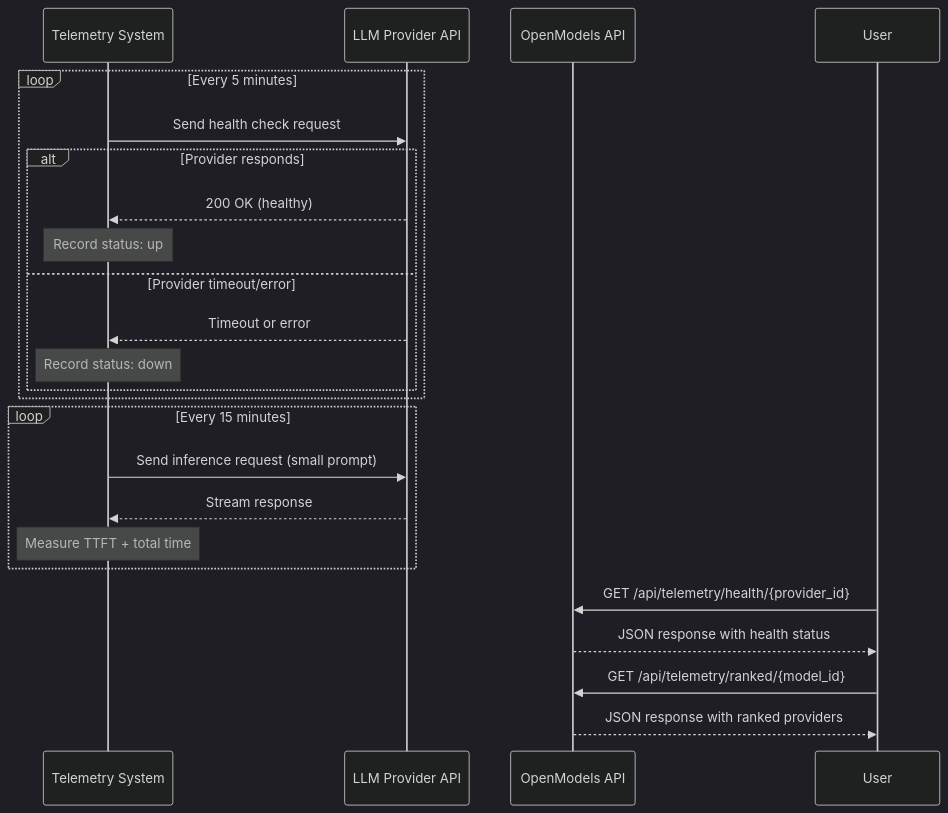
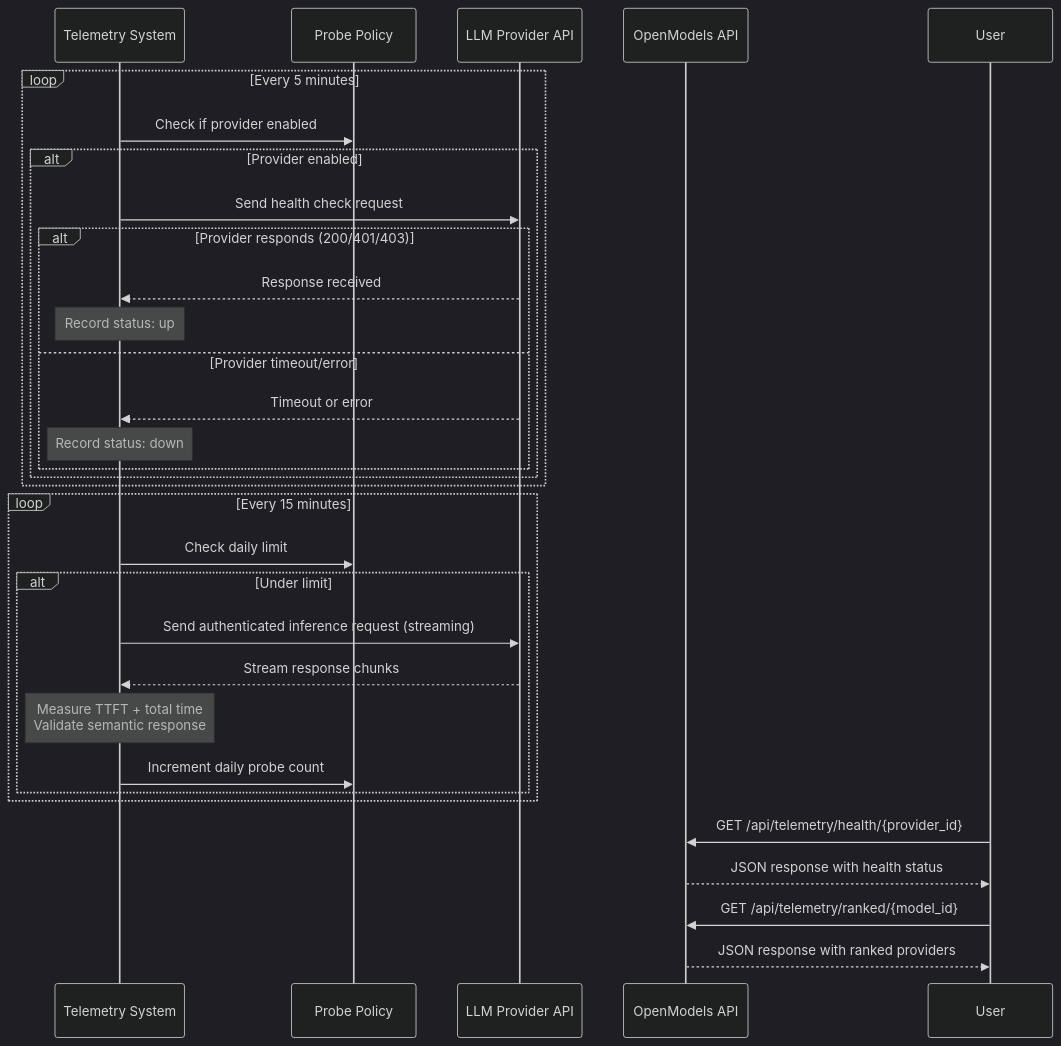
The third of 4 diagrams in content/architecture/data-flow.mdx (openmodelsrun/docs), drawn with Mermaid (dark theme) before and after one commit. The commit also changed other lines of this file and 9 other files, not shown here.

Commit message:
0.7.4 – update roadmap and architecture documentation

````diff
--- a/content/architecture/data-flow.mdx
+++ b/content/architecture/data-flow.mdx
@@ -79,30 +79,38 @@
 ```mermaid
 sequenceDiagram
     participant Telemetry as Telemetry System
+    participant Policy as Probe Policy
     participant Provider as LLM Provider API
     participant API as OpenModels API
     participant User
 
     loop Every 5 minutes
-        Telemetry->>Provider: Send health check request
-        alt Provider responds
-            Provider-->>Telemetry: 200 OK (healthy)
-            Note over Telemetry: Record status: up
-        else Provider timeout/error
-            Provider-->>Telemetry: Timeout or error
-            Note over Telemetry: Record status: down
+        Telemetry->>Policy: Check if provider enabled
+        alt Provider enabled
+            Telemetry->>Provider: Send health check request
+            alt Provider responds (200/401/403)
+                Provider-->>Telemetry: Response received
+                Note over Telemetry: Record status: up
+            else Provider timeout/error
+                Provider-->>Telemetry: Timeout or error
+                Note over Telemetry: Record status: down
+            end
         end
     end
 
     loop Every 15 minutes
-        Telemetry->>Provider: Send inference request (small prompt)
-        Provider-->>Telemetry: Stream response
-        Note over Telemetry: Measure TTFT + total time
+        Telemetry->>Policy: Check daily limit
+        alt Under limit
+            Telemetry->>Provider: Send authenticated inference request (streaming)
+            Provider-->>Telemetry: Stream response chunks
+            Note over Telemetry: Measure TTFT + total time<br/>Validate semantic response
+            Telemetry->>Policy: Increment daily probe count
+        end
     end
 
     User->>API: GET /api/telemetry/health/{provider_id}
     API-->>User: JSON response with health status
 
     User->>API: GET /api/telemetry/ranked/{model_id}
     API-->>User: JSON response with ranked providers
 ```
````
